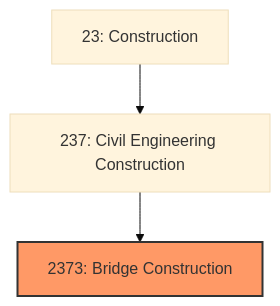
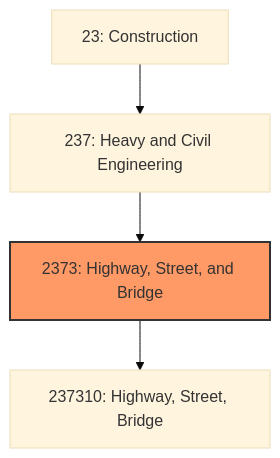
Before and after one commit to kziemski/business.org.ai: the first of 3 diagrams in industries/Construction/CivilEngineeringConstruction/BridgeConstruction.mdx, drawn with Mermaid (base theme). The commit also changed other lines of this file and 67 other files, not shown here.

````diff
--- a/industries/Construction/CivilEngineeringConstruction/BridgeConstruction.mdx
+++ b/industries/Construction/CivilEngineeringConstruction/BridgeConstruction.mdx
@@ -20,7 +35,8 @@
 ```mermaid
 graph TD
     S23["23: Construction"]
-    S23 --> N237["237: Civil Engineering Construction"]
-    N237 --> N2373["2373: Bridge Construction"]
+    S23 --> N237["237: Heavy and Civil Engineering"]
+    N237 --> N2373["2373: Highway, Street, and Bridge"]
     style N2373 fill:#f96,stroke:#333,stroke-width:2px
+    N2373 --> N237310["237310: Highway, Street, Bridge"]
 ```
````
